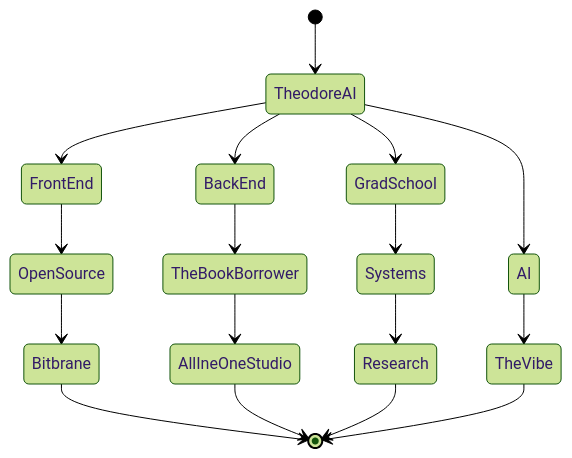
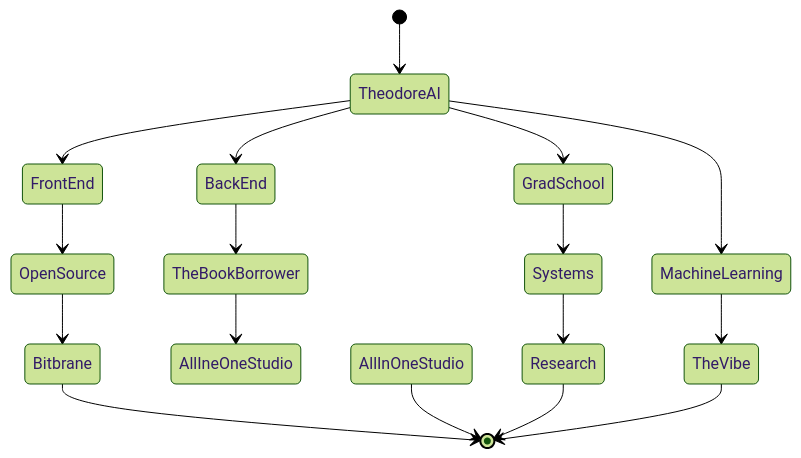
One commit to TheodoreAI/TheodoreAI changed the diagram in README.md. Above: the diagram before and after it, drawn with Mermaid (forest theme).

````diff
--- a/README.md
+++ b/README.md
@@ -14,26 +14,26 @@
  ```mermaid
   stateDiagram-v2
   [*] --> TheodoreAI
 
   TheodoreAI --> FrontEnd
   FrontEnd --> OpenSource
   OpenSource --> Bitbrane
   Bitbrane --> [*]
   
   TheodoreAI --> BackEnd
   BackEnd --> TheBookBorrower
   TheBookBorrower --> AllIneOneStudio
-  AllIneOneStudio --> [*]
+  AllInOneStudio --> [*]
 
   TheodoreAI --> GradSchool
   GradSchool --> Systems
   Systems --> Research
   Research --> [*]
  
-  TheodoreAI --> AI
-  AI --> TheVibe
+  TheodoreAI --> MachineLearning
+  MachineLearning --> TheVibe
   TheVibe --> [*]
 
 [*]
   
 ```
````
